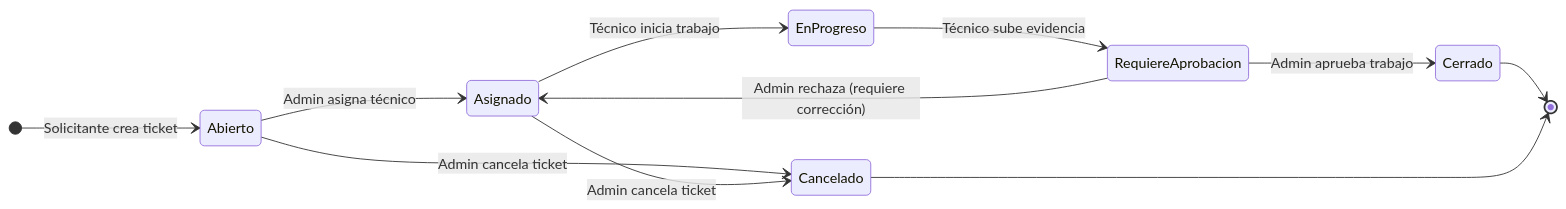
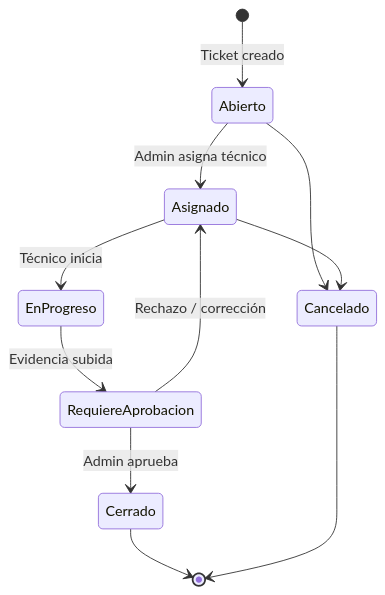
One commit to JMontes1986/GemelliFix changed the second of 3 diagrams in README.md. Above: the diagram before and after it, drawn with Mermaid. The commit also changed other lines of this file, not shown here.

````diff
--- a/README.md
+++ b/README.md
@@ -65,18 +56,13 @@
 ```mermaid
 stateDiagram-v2
-    direction LR
-    [*] --> Abierto: Solicitante crea ticket
-    
+    [*] --> Abierto: Ticket creado
     Abierto --> Asignado: Admin asigna técnico
-    Asignado --> EnProgreso: Técnico inicia trabajo
-    EnProgreso --> RequiereAprobacion: Técnico sube evidencia
-
-    RequiereAprobacion --> Cerrado: Admin aprueba trabajo
-    RequiereAprobacion --> Asignado: Admin rechaza (requiere corrección)
-
-    Abierto --> Cancelado: Admin cancela ticket
-    Asignado --> Cancelado: Admin cancela ticket
-    
+    Asignado --> EnProgreso: Técnico inicia
+    EnProgreso --> RequiereAprobacion: Evidencia subida
+    RequiereAprobacion --> Cerrado: Admin aprueba
+    RequiereAprobacion --> Asignado: Rechazo / corrección
+    Abierto --> Cancelado
+    Asignado --> Cancelado
     Cerrado --> [*]
     Cancelado --> [*]
 ```
````
